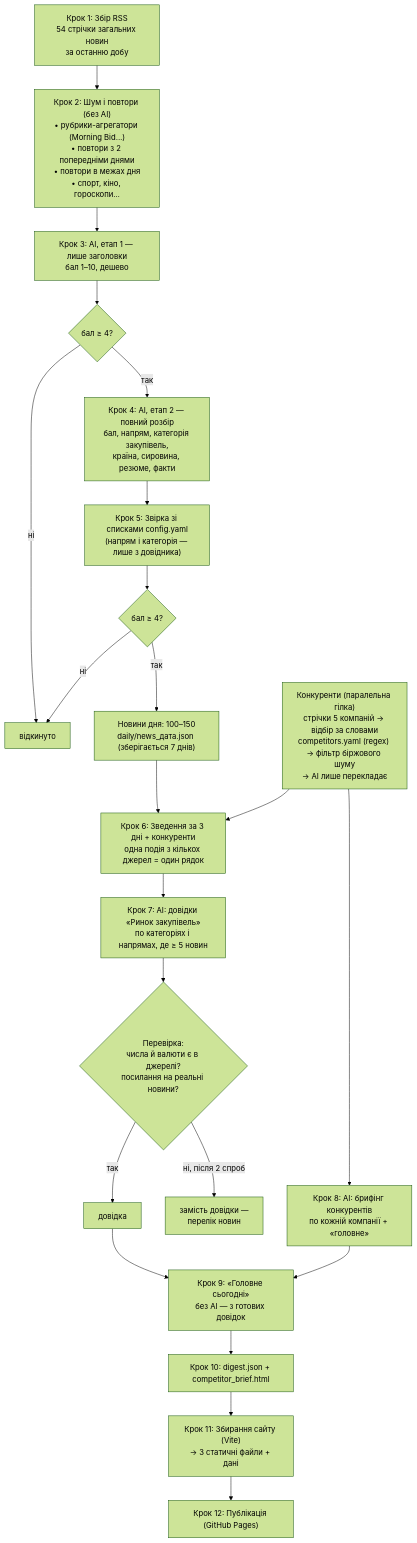
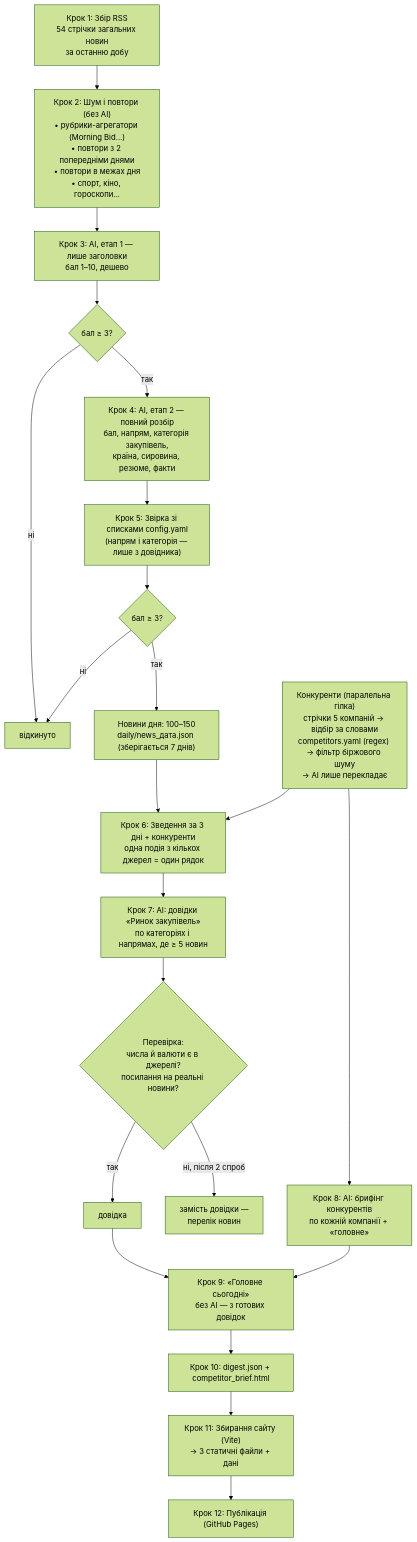
Before and after one commit to DavydenkoYuliya/news-digest: the second of 7 diagrams in docs/2-arhitektura.md, drawn with Mermaid (forest theme). The commit also changed 10 other files, not shown here.

````diff
--- a/docs/2-arhitektura.md
+++ b/docs/2-arhitektura.md
@@ -58,27 +58,27 @@
 ```mermaid
 flowchart TD
     A["Крок 1: Збір RSS<br/>54 стрічки загальних новин<br/>за останню добу"] --> B
     B["Крок 2: Шум і повтори (без AI)<br/>• рубрики-агрегатори (Morning Bid…)<br/>• повтори з 2 попередніми днями<br/>• повтори в межах дня<br/>• спорт, кіно, гороскопи…"] --> C
-    C["Крок 3: AI, етап 1 — лише заголовки<br/>бал 1–10, дешево"] --> D{"бал ≥ 4?"}
+    C["Крок 3: AI, етап 1 — лише заголовки<br/>бал 1–10, дешево"] --> D{"бал ≥ 3?"}
     D -- ні --> X["відкинуто"]
     D -- так --> E["Крок 4: AI, етап 2 — повний розбір<br/>бал, напрям, категорія закупівель,<br/>країна, сировина, резюме, факти"]
     E --> F["Крок 5: Звірка зі списками config.yaml<br/>(напрям і категорія — лише з довідника)"]
-    F --> G{"бал ≥ 4?"}
+    F --> G{"бал ≥ 3?"}
     G -- ні --> X
     G -- так --> H["Новини дня: 100–150<br/>daily/news_дата.json (зберігається 7 днів)"]
 
     K["Конкуренти (паралельна гілка)<br/>стрічки 5 компаній → відбір за словами<br/>competitors.yaml (regex) → фільтр біржового шуму<br/>→ AI лише перекладає"]
 
     H --> L["Крок 6: Зведення за 3 дні + конкуренти<br/>одна подія з кількох джерел = один рядок"]
     K --> L
     L --> M["Крок 7: AI: довідки «Ринок закупівель»<br/>по категоріях і напрямах, де ≥ 5 новин"]
     M --> N{"Перевірка:<br/>числа й валюти є в джерелі?<br/>посилання на реальні новини?"}
     N -- так --> O["довідка"]
     N -- "ні, після 2 спроб" --> P["замість довідки —<br/>перелік новин"]
     K --> Q["Крок 8: AI: брифінг конкурентів<br/>по кожній компанії + «головне»"]
     O --> R["Крок 9: «Головне сьогодні»<br/>без AI — з готових довідок"]
     Q --> R
     R --> S["Крок 10: digest.json + competitor_brief.html"]
     S --> T["Крок 11: Збирання сайту (Vite)<br/>→ 3 статичні файли + дані"]
     T --> U["Крок 12: Публікація (GitHub Pages)"]
 ```
````
